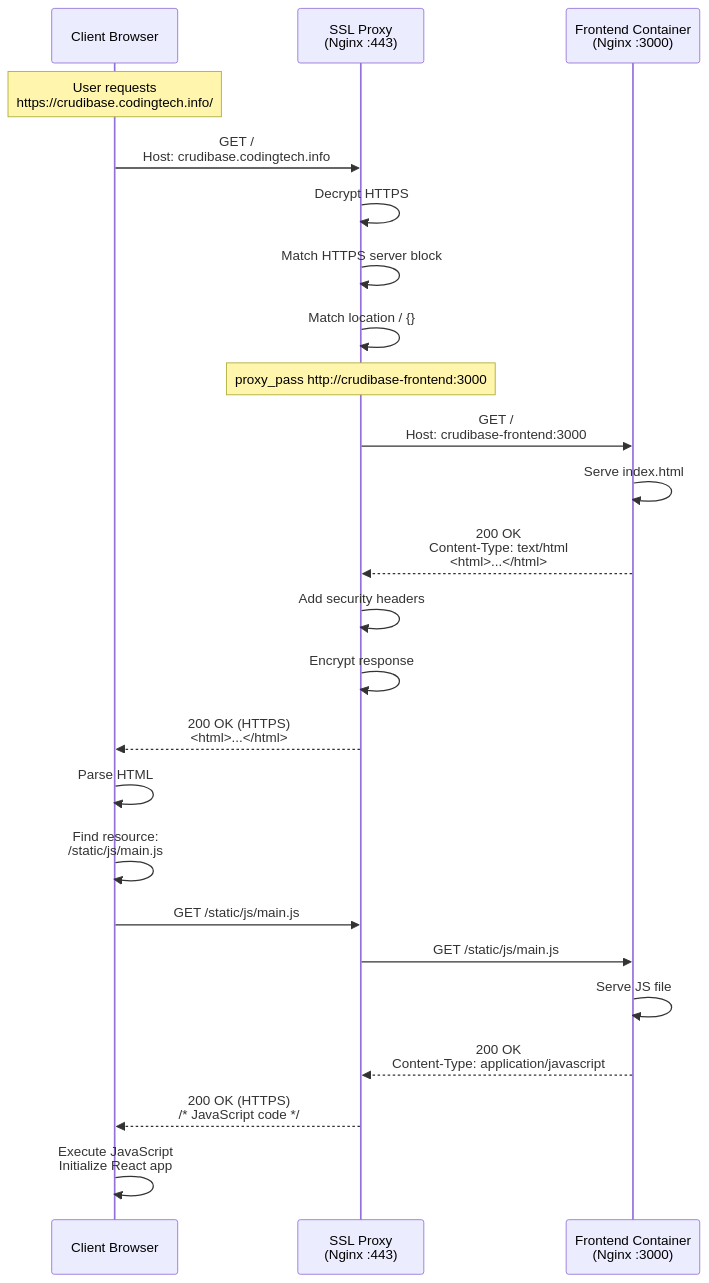
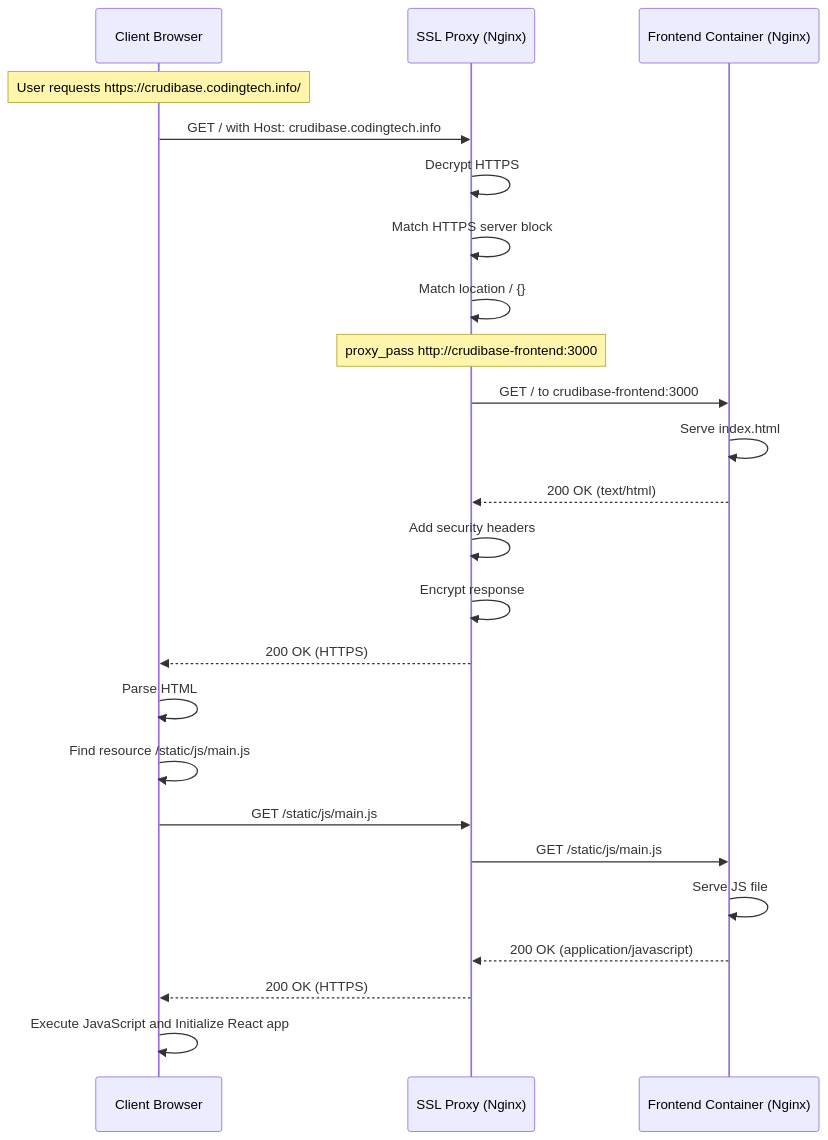
The fourth of 10 diagrams in wiki/Request-Flow.md (softwarewrighter/ssl-proxy-for-do), drawn with Mermaid before and after one commit. The commit also changed other lines of this file and 2 other files, not shown here.

First line of the commit message:
Fix Mermaid sequence diagram syntax errors

````diff
--- a/wiki/Request-Flow.md
+++ b/wiki/Request-Flow.md
@@ -195,34 +195,34 @@
 ```mermaid
 sequenceDiagram
     participant Browser as Client Browser
-    participant SSLProxy as SSL Proxy<br/>(Nginx :443)
-    participant Frontend as Frontend Container<br/>(Nginx :3000)
+    participant SSLProxy as SSL Proxy (Nginx)
+    participant Frontend as Frontend Container (Nginx)
 
-    Note over Browser: User requests<br/>https://crudibase.codingtech.info/
+    Note over Browser: User requests https://crudibase.codingtech.info/
 
-    Browser->>SSLProxy: GET /<br/>Host: crudibase.codingtech.info
+    Browser->>SSLProxy: GET / with Host: crudibase.codingtech.info
     SSLProxy->>SSLProxy: Decrypt HTTPS
     SSLProxy->>SSLProxy: Match HTTPS server block
     SSLProxy->>SSLProxy: Match location / {}
 
     Note over SSLProxy: proxy_pass http://crudibase-frontend:3000
 
-    SSLProxy->>Frontend: GET /<br/>Host: crudibase-frontend:3000
+    SSLProxy->>Frontend: GET / to crudibase-frontend:3000
     Frontend->>Frontend: Serve index.html
-    Frontend-->>SSLProxy: 200 OK<br/>Content-Type: text/html<br/><html>...</html>
+    Frontend-->>SSLProxy: 200 OK (text/html)
 
     SSLProxy->>SSLProxy: Add security headers
     SSLProxy->>SSLProxy: Encrypt response
-    SSLProxy-->>Browser: 200 OK (HTTPS)<br/><html>...</html>
+    SSLProxy-->>Browser: 200 OK (HTTPS)
 
     Browser->>Browser: Parse HTML
-    Browser->>Browser: Find resource:<br/>/static/js/main.js
+    Browser->>Browser: Find resource /static/js/main.js
 
     Browser->>SSLProxy: GET /static/js/main.js
     SSLProxy->>Frontend: GET /static/js/main.js
     Frontend->>Frontend: Serve JS file
-    Frontend-->>SSLProxy: 200 OK<br/>Content-Type: application/javascript
-    SSLProxy-->>Browser: 200 OK (HTTPS)<br/>/* JavaScript code */
+    Frontend-->>SSLProxy: 200 OK (application/javascript)
+    SSLProxy-->>Browser: 200 OK (HTTPS)
 
-    Browser->>Browser: Execute JavaScript<br/>Initialize React app
+    Browser->>Browser: Execute JavaScript and Initialize React app
 ```
````
